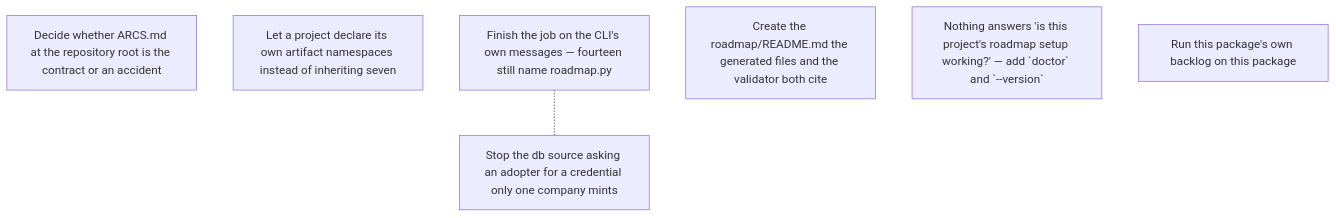
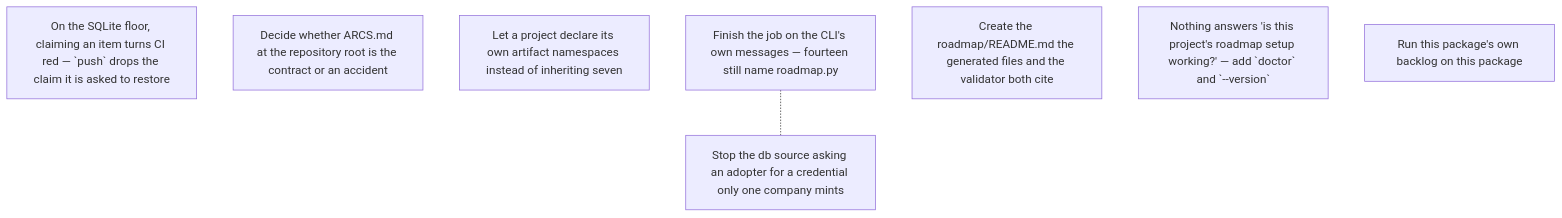
Before and after one commit to gald33/roadmap-core: the diagram in roadmap/ROADMAP.md, drawn with Mermaid. The commit also changed other lines of this file and 3 other files, not shown here.

First line of the commit message:
Unbreak the roadmap check, and file what broke it

````diff
--- a/roadmap/ROADMAP.md
+++ b/roadmap/ROADMAP.md
@@ -41,11 +39,12 @@
 ```mermaid
 graph TD
+  a_claim_cannot_survive_the_floors_ci["On the SQLite floor, claiming an item turns CI red — `push` drops the claim it is asked to restore"]
   arcs_md_path_is_not_configurable["Decide whether ARCS.md at the repository root is the contract or an accident"]
   artifact_namespaces_are_one_projects["Let a project declare its own artifact namespaces instead of inheriting seven"]
   cli_messages_name_a_script_that_does_not_exist["Finish the job on the CLI's own messages — fourteen still name roadmap.py"]
   credential_error_names_one_repos_secret["Stop the db source asking an adopter for a credential only one company mints"]
   generated_file_points_at_an_uncreated_readme["Create the roadmap/README.md the generated files and the validator both cite"]
   nothing_tells_an_adopter_their_setup_is_broken["Nothing answers 'is this project's roadmap setup working?' — add `doctor` and `--version`"]
   roadmap_core_runs_its_own_roadmap["Run this package's own backlog on this package"]
   cli_messages_name_a_script_that_does_not_exist -.- credential_error_names_one_repos_secret
 ```
````
